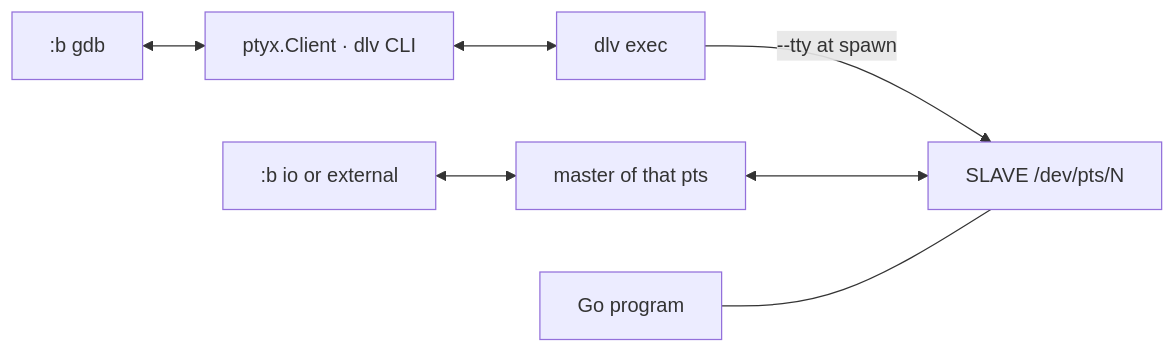
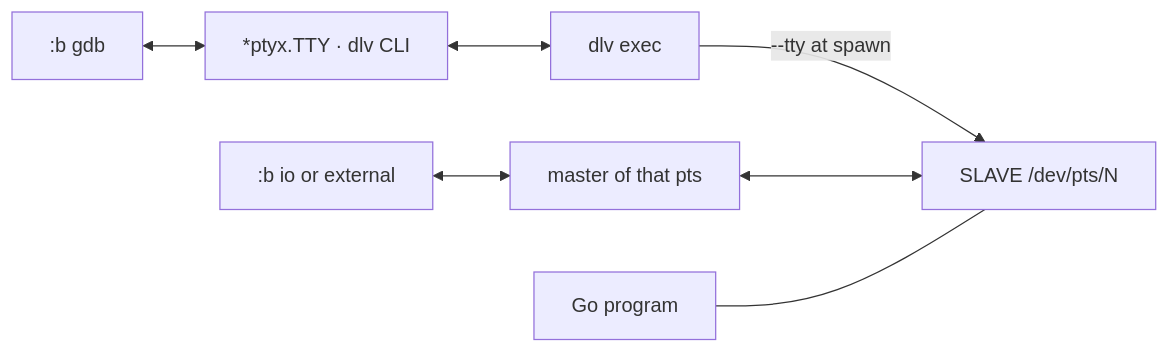
The fourth of 5 diagrams in docs/PTY_ARCHITECTURE.md (yairgd/gdbforge), drawn with Mermaid before and after one commit. The commit also changed other lines of this file and 243 other files, not shown here.

````diff
--- a/docs/PTY_ARCHITECTURE.md
+++ b/docs/PTY_ARCHITECTURE.md
@@ -224,9 +284,9 @@
 ```mermaid
 flowchart LR
-  GDBW[":b gdb"] <--> M1["ptyx.Client · dlv CLI"]
+  GDBW[":b gdb"] <--> M1["*ptyx.TTY · dlv CLI"]
   M1 <--> DLV["dlv exec"]
   DLV -->|"--tty at spawn"| S2["SLAVE /dev/pts/N"]
   IOW[":b io or external"] <--> M2["master of that pts"]
   M2 <--> S2
   Prog["Go program"] --- S2
 ```
````
